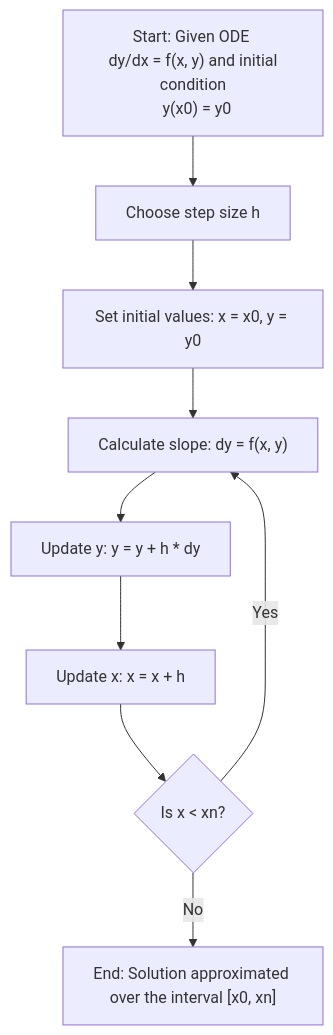
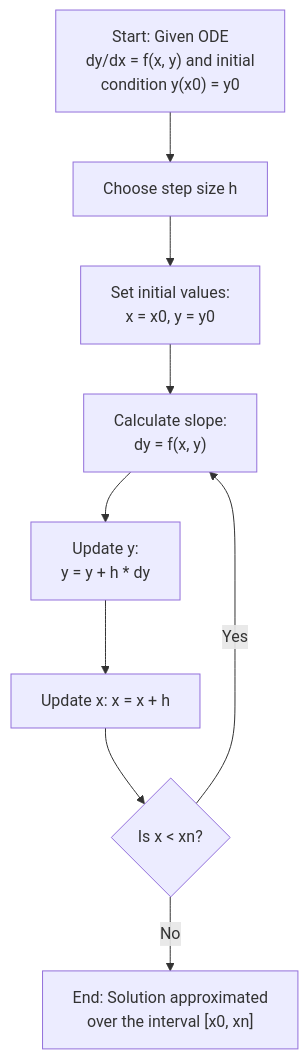
The second of 2 diagrams in ordinaryDifferntialEquations/README.md (nishantaMishra/computational-physics-in-python), drawn with Mermaid before and after one commit.

````diff
--- a/ordinaryDifferntialEquations/README.md
+++ b/ordinaryDifferntialEquations/README.md
@@ -29,12 +29,12 @@
 ```mermaid
 graph TD
-    A["`Start: Given ODE <br/> dy/dx = f(x, y) and initial condition<br/>  y(x0) = y0`"] --> B["`Choose step size h`"]
-    B --> C["`Set initial values: x = x0, y = y0`"]
-    C --> D["`Calculate slope: dy = f(x, y)`"]
-    D --> E["`Update y: y = y + h * dy`"]
+    A["`Start: Given ODE <br/> dy/dx = f(x, y) and initial <br/> condition  y(x0) = y0`"] --> B["`Choose step size h`"]
+    B --> C["`Set initial values: <br/> x = x0, y = y0`"]
+    C --> D["`Calculate slope: <br/> dy = f(x, y)`"]
+    D --> E["`Update y: <br/> y = y + h * dy`"]
     E --> F["`Update x: x = x + h`"]
     F --> G{"`Is x < xn?`"}
     G --> |Yes| D
-    G --> |No| H["`End: Solution approximated over the interval [x0, xn]`"]
+    G --> |No| H["`End: Solution approximated <br/> over the interval [x0, xn]`"]
 
 ```
````
